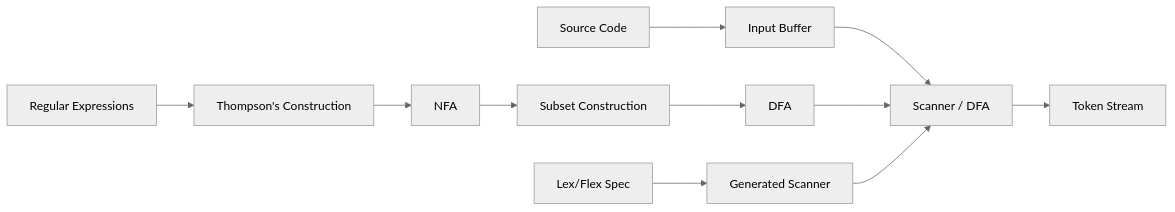
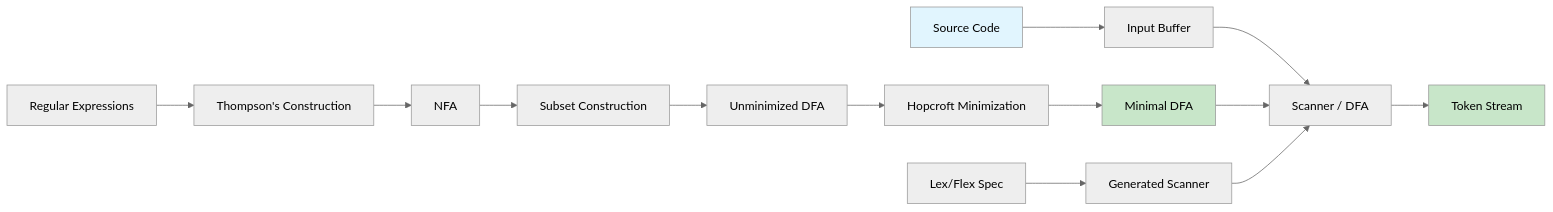
Before and after one commit to Raushan666java/ai-engineering-journey: the first of 4 diagrams in docs/courses/compiler-design/02-lexical.md, drawn with Mermaid (neutral theme). The commit also changed other lines of this file and 41 other files, not shown here.

````diff
--- a/docs/courses/compiler-design/02-lexical.md
+++ b/docs/courses/compiler-design/02-lexical.md
@@ -23,13 +25,18 @@
 ```mermaid
 flowchart LR
     A[Source Code] --> B[Input Buffer]
     B --> C[Scanner / DFA]
     C --> D[Token Stream]
     E[Regular Expressions] --> F[Thompson's Construction]
     F --> G[NFA]
     G --> H[Subset Construction]
-    H --> I[DFA]
-    I --> C
-    J[Lex/Flex Spec] --> K[Generated Scanner]
+    H --> I[Unminimized DFA]
+    I --> J[Hopcroft Minimization]
+    J --> K[Minimal DFA]
     K --> C
+    L[Lex/Flex Spec] --> M[Generated Scanner]
+    M --> C
+    style A fill:#e1f5fe
+    style D fill:#c8e6c9
+    style K fill:#c8e6c9
 ```
````
